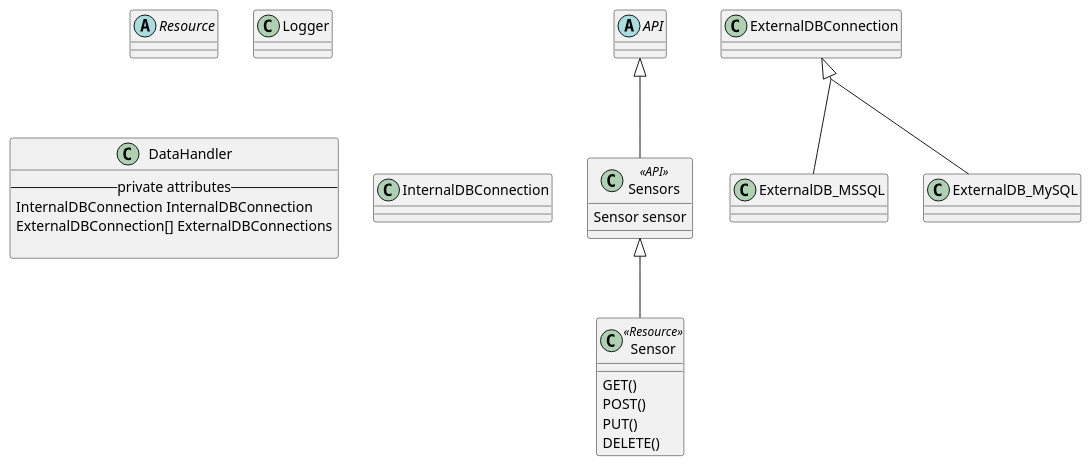
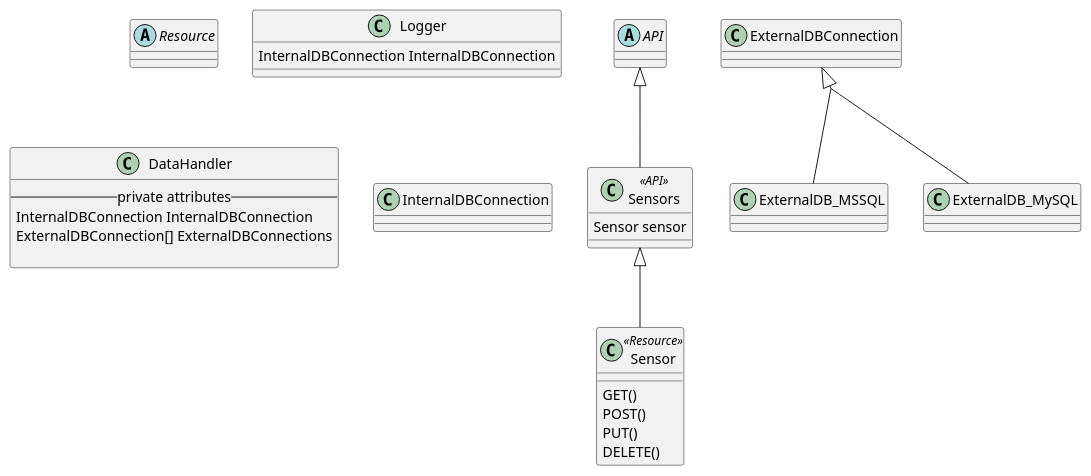
The diagram in Documentation/UML/SCC.puml (CharisGrubb/SensorCommandCenter), drawn with PlantUML before and after one commit.

Commit message:
rearranged plant uml

```diff
--- a/Documentation/UML/SCC.puml
+++ b/Documentation/UML/SCC.puml
@@ -1,41 +1,44 @@
 @startuml 
 skinparam groupInheritance 2
 
-API <|-- Sensors
-Sensors <|-- Sensor
+
 
 abstract API{}
 abstract Resource{}
 
 
-class Logger{
 
-}
-
-class DataHandler{
-    --private attributes--
-    InternalDBConnection InternalDBConnection
-    ExternalDBConnection[] ExternalDBConnections
-
-}
 
 class Sensors <<API>>{
     Sensor sensor
 }
 class Sensor <<Resource>>{
     GET()
     POST()
     PUT()
     DELETE()
 }
 
+class Logger{
+    InternalDBConnection InternalDBConnection
+}
+
+class DataHandler{
+    --private attributes--
+    InternalDBConnection InternalDBConnection
+    ExternalDBConnection[] ExternalDBConnections
+
+}
+
+API <|-- Sensors
+Sensors <|-- Sensor
 
 class InternalDBConnection{}
 class ExternalDBConnection {}
 class ExternalDB_MSSQL{}
 class ExternalDB_MySQL{}
 
 class ExternalDB_MSSQL extends ExternalDBConnection
 class ExternalDB_MySQL extends ExternalDBConnection
 
 @enduml
```
